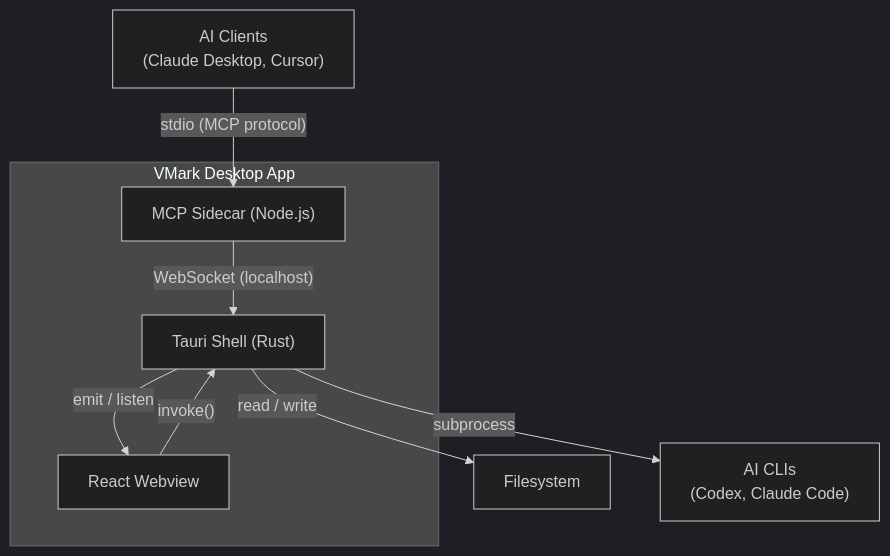
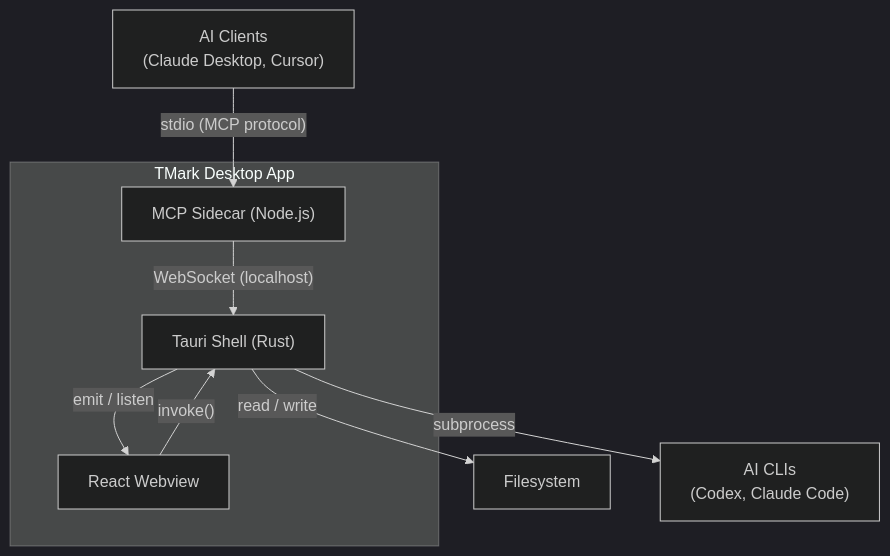
The diagram in dev-docs/architecture.md (Afeng01/TMark), drawn with Mermaid (dark theme) before and after one commit. The commit also changed other lines of this file and 706 other files, not shown here.

````diff
--- a/dev-docs/architecture.md
+++ b/dev-docs/architecture.md
@@ -10,19 +10,19 @@
 ```mermaid
 flowchart TB
-    subgraph Desktop["VMark Desktop App"]
+    subgraph Desktop["TMark Desktop App"]
         Shell["Tauri Shell (Rust)"]
         Webview["React Webview"]
         MCP["MCP Sidecar (Node.js)"]
     end
 
     AI["AI Clients<br/>(Claude Desktop, Cursor)"]
     FS["Filesystem"]
     CLI["AI CLIs<br/>(Codex, Claude Code)"]
 
     AI -- "stdio (MCP protocol)" --> MCP
     MCP -- "WebSocket (localhost)" --> Shell
     Shell -- "emit / listen" --> Webview
     Webview -- "invoke()" --> Shell
     Shell -- "read / write" --> FS
     Shell -- "subprocess" --> CLI
 ```
````
